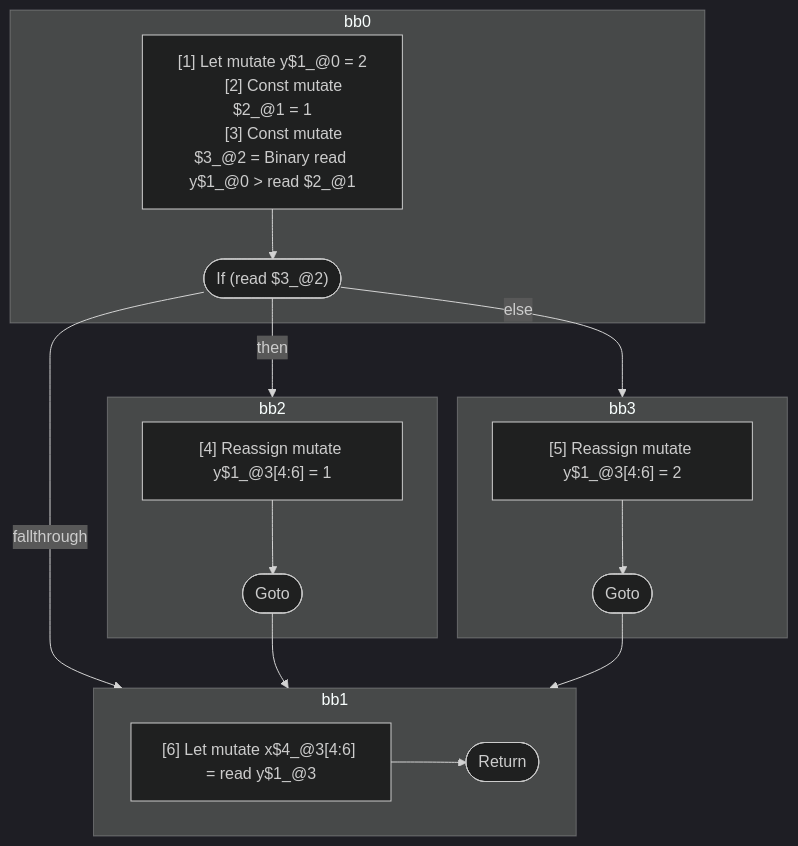
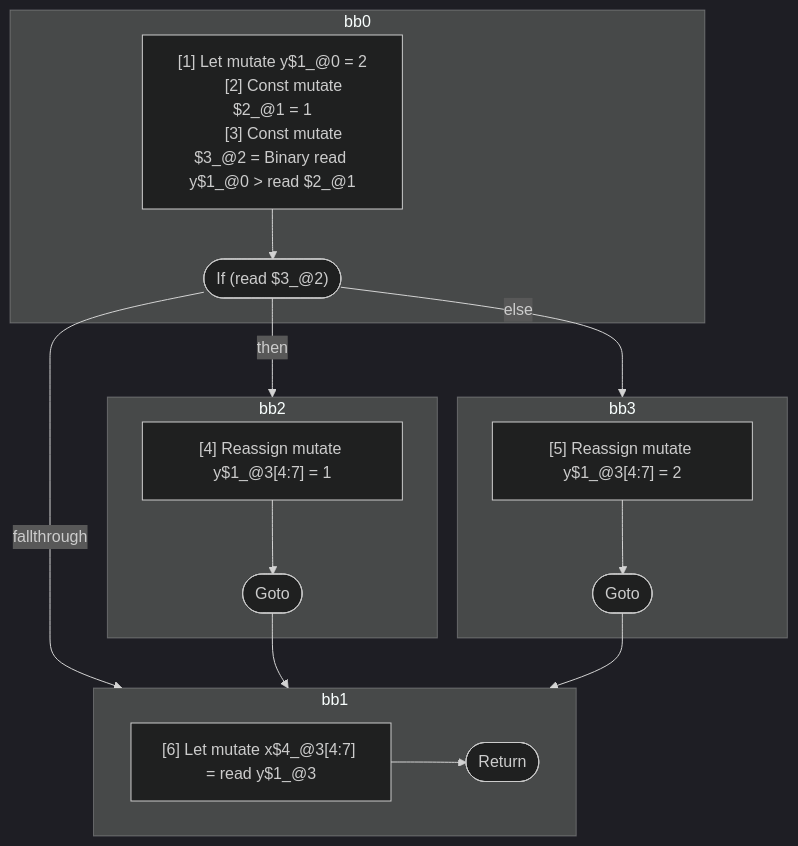
The diagram in compiler/forget/src/__tests__/fixtures/hir/ssa-simple-phi.expect.md (wutsmog/private), drawn with Mermaid (dark theme) before and after one commit. The commit also changed other lines of this file and 45 other files, not shown here.

````diff
--- a/compiler/forget/src/__tests__/fixtures/hir/ssa-simple-phi.expect.md
+++ b/compiler/forget/src/__tests__/fixtures/hir/ssa-simple-phi.expect.md
@@ -43,38 +43,38 @@
 ```mermaid
 flowchart TB
   %% Basic Blocks
   subgraph bb0
     bb0_instrs["
       [1] Let mutate y$1_@0 = 2
       [2] Const mutate $2_@1 = 1
       [3] Const mutate $3_@2 = Binary read y$1_@0 > read $2_@1
     "]
     bb0_instrs --> bb0_terminal(["If (read $3_@2)"])
   end
   subgraph bb2
     bb2_instrs["
-      [4] Reassign mutate y$1_@3[4:6] = 1
+      [4] Reassign mutate y$1_@3[4:7] = 1
     "]
     bb2_instrs --> bb2_terminal(["Goto"])
   end
   subgraph bb3
     bb3_instrs["
-      [5] Reassign mutate y$1_@3[4:6] = 2
+      [5] Reassign mutate y$1_@3[4:7] = 2
     "]
     bb3_instrs --> bb3_terminal(["Goto"])
   end
   subgraph bb1
     bb1_instrs["
-      [6] Let mutate x$4_@3[4:6] = read y$1_@3
+      [6] Let mutate x$4_@3[4:7] = read y$1_@3
     "]
     bb1_instrs --> bb1_terminal(["Return"])
   end
 
   %% Jumps
   bb0_terminal -- "then" --> bb2
   bb0_terminal -- "else" --> bb3
   bb0_terminal -- "fallthrough" --> bb1
   bb2_terminal --> bb1
   bb3_terminal --> bb1
 
 ```
````
